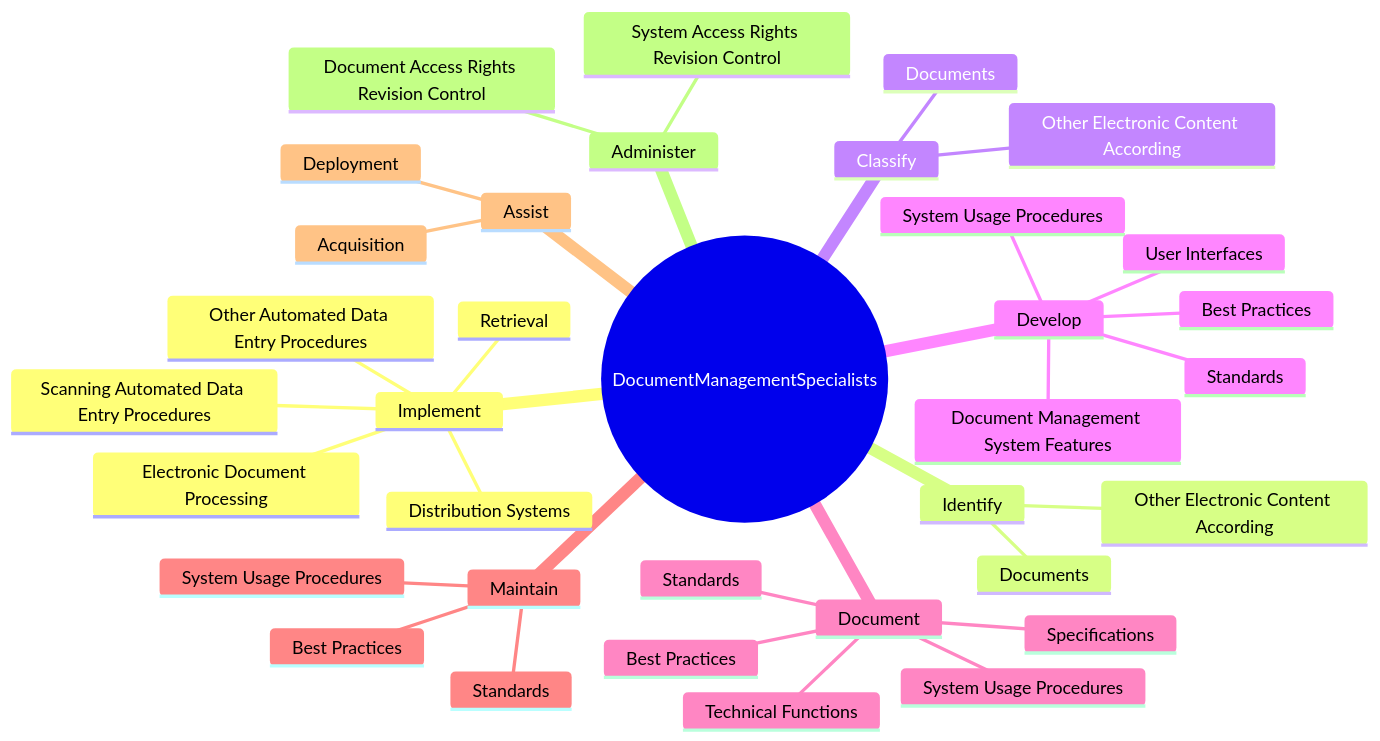
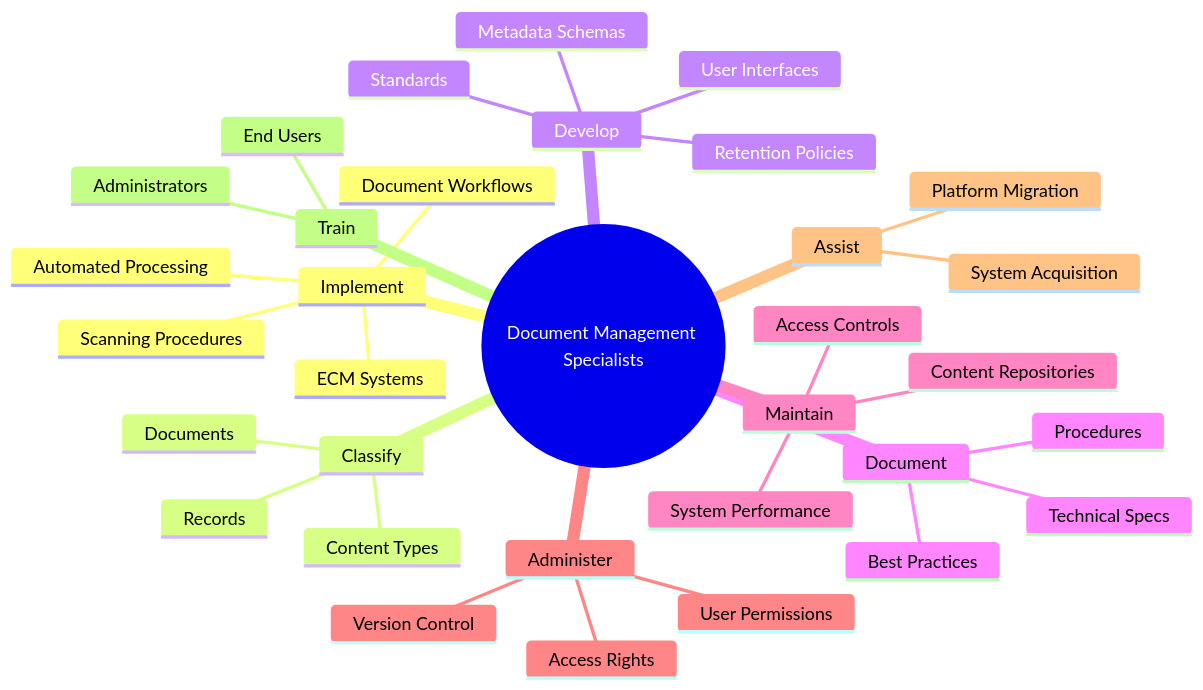
Before and after one commit to kziemski/business.org.ai: the second of 4 diagrams in occupations/Technology/DocumentManagementSpecialists.mdx, drawn with Mermaid. The commit also changed other lines of this file and 938 other files, not shown here.

````diff
--- a/occupations/Technology/DocumentManagementSpecialists.mdx
+++ b/occupations/Technology/DocumentManagementSpecialists.mdx
@@ -38,38 +46,36 @@
 ```mermaid
 mindmap
-    root(("DocumentManagementSpecialists"))
+    root(("Document Management Specialists"))
         Implement
-            Electronic Document Processing
-            Retrieval
-            Distribution Systems
-            Scanning Automated Data Entry Procedures
-            Other Automated Data Entry Procedures
-        Identify
-            Documents
-            Other Electronic Content According
+            ECM Systems
+            Document Workflows
+            Scanning Procedures
+            Automated Processing
         Classify
             Documents
-            Other Electronic Content According
+            Records
+            Content Types
         Develop
             Standards
-            Best Practices
-            System Usage Procedures
-            Document Management System Features
+            Retention Policies
+            Metadata Schemas
             User Interfaces
         Document
-            Standards
+            Procedures
             Best Practices
-            System Usage Procedures
-            Technical Functions
-            Specifications
+            Technical Specs
         Maintain
-            Standards
-            Best Practices
-            System Usage Procedures
+            Content Repositories
+            Access Controls
+            System Performance
+        Administer
+            Access Rights
+            Version Control
+            User Permissions
         Assist
-            Acquisition
-            Deployment
-        Administer
-            Document Access Rights Revision Control
-            System Access Rights Revision Control
+            System Acquisition
+            Platform Migration
+        Train
+            End Users
+            Administrators
 ```
````
